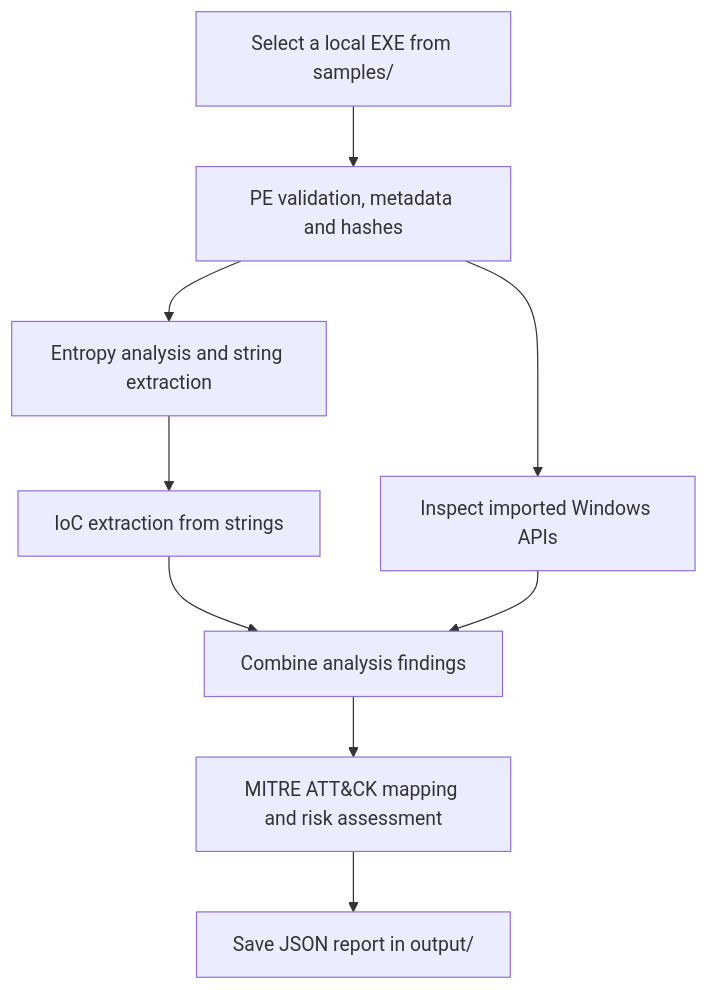
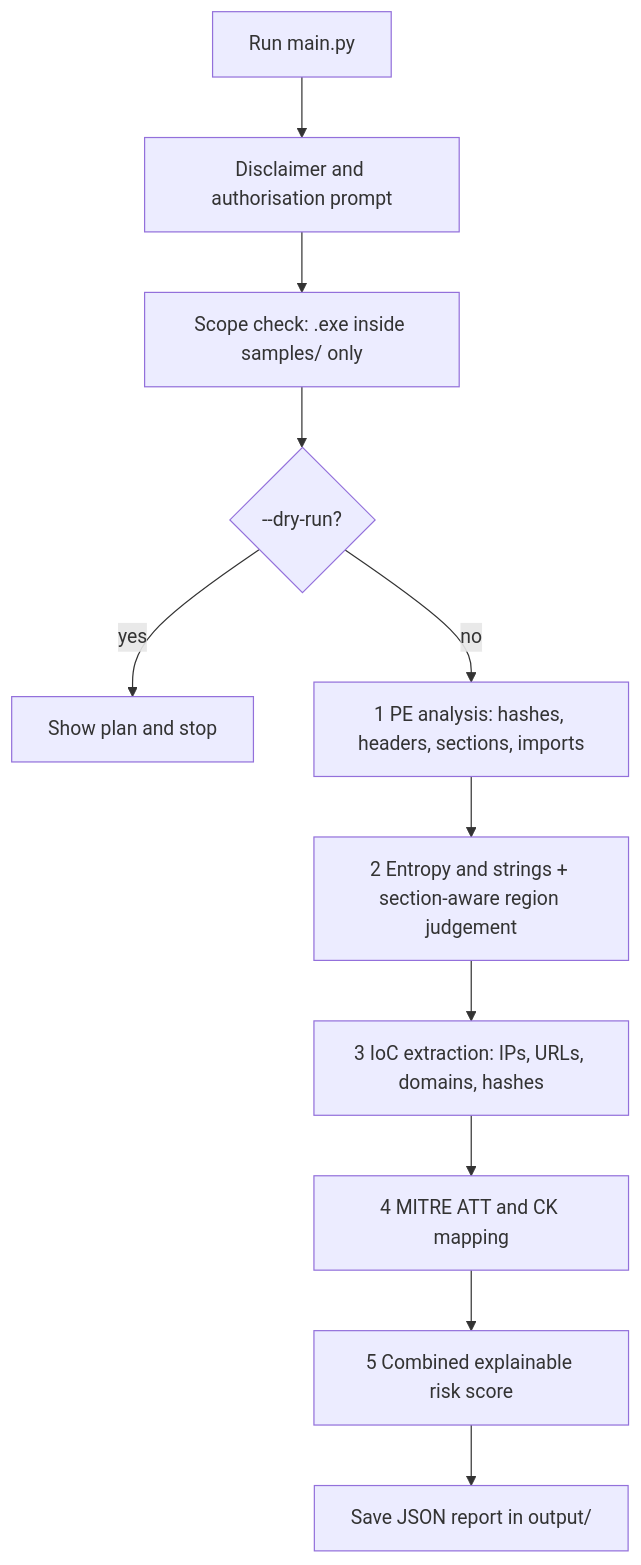
Before and after one commit to Rydersnake/MalTrace: the diagram in README.md, drawn with Mermaid. The commit also changed other lines of this file, not shown here.

````diff
--- a/README.md
+++ b/README.md
@@ -55,11 +77,13 @@
 ```mermaid
 flowchart TD
-    A[Select a local EXE from samples/] --> B[PE validation, metadata and hashes]
-    B --> C[Entropy analysis and string extraction]
-    C --> D[IoC extraction from strings]
-    B --> E[Inspect imported Windows APIs]
-    D --> F[Combine analysis findings]
-    E --> F
-    F --> G[MITRE ATT&CK mapping and risk assessment]
-    G --> H[Save JSON report in output/]
+    A[Run main.py] --> B[Disclaimer and authorisation prompt]
+    B --> C[Scope check: .exe inside samples/ only]
+    C --> D{--dry-run?}
+    D -- yes --> Z[Show plan and stop]
+    D -- no --> E[1 PE analysis: hashes, headers, sections, imports]
+    E --> F[2 Entropy and strings + section-aware region judgement]
+    F --> G[3 IoC extraction: IPs, URLs, domains, hashes]
+    G --> H[4 MITRE ATT and CK mapping]
+    H --> I[5 Combined explainable risk score]
+    I --> J[Save JSON report in output/]
 ```
````
